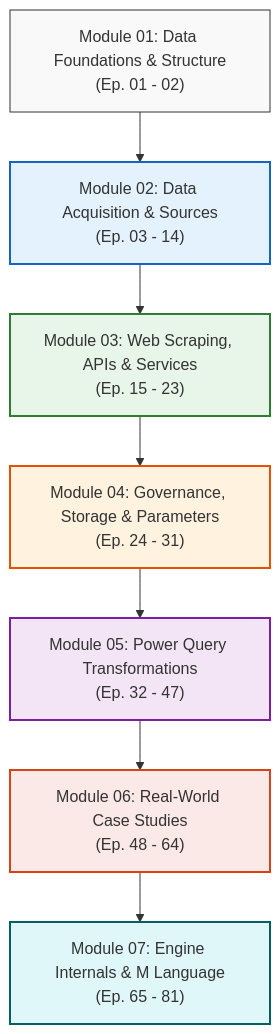
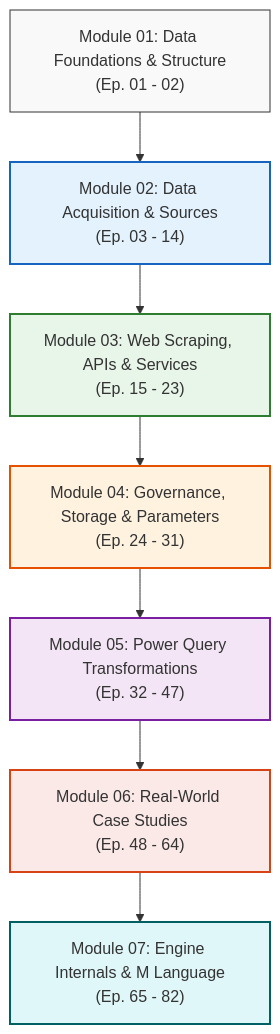
The diagram in CURRICULUM.md (Sohila-Khaled-Abbas/powerbi-data-analysis-diploma), drawn with Mermaid before and after one commit. The commit also changed other lines of this file and 2 other files, not shown here.

````diff
--- a/CURRICULUM.md
+++ b/CURRICULUM.md
@@ -12,17 +12,17 @@
 ```mermaid
 flowchart TD
     M1["Module 01: Data Foundations & Structure<br>(Ep. 01 - 02)"] --> M2["Module 02: Data Acquisition & Sources<br>(Ep. 03 - 14)"]
     M2 --> M3["Module 03: Web Scraping, APIs & Services<br>(Ep. 15 - 23)"]
     M3 --> M4["Module 04: Governance, Storage & Parameters<br>(Ep. 24 - 31)"]
     M4 --> M5["Module 05: Power Query Transformations<br>(Ep. 32 - 47)"]
     M5 --> M6["Module 06: Real-World Case Studies<br>(Ep. 48 - 64)"]
-    M6 --> M7["Module 07: Engine Internals & M Language<br>(Ep. 65 - 81)"]
+    M6 --> M7["Module 07: Engine Internals & M Language<br>(Ep. 65 - 82)"]
 
     style M1 fill:#f9f9f9,stroke:#333,stroke-width:1px
     style M2 fill:#e3f2fd,stroke:#1565c0,stroke-width:2px
     style M3 fill:#e8f5e9,stroke:#2e7d32,stroke-width:2px
     style M4 fill:#fff3e0,stroke:#e65100,stroke-width:2px
     style M5 fill:#f3e5f5,stroke:#7b1fa2,stroke-width:2px
     style M6 fill:#fbe9e7,stroke:#d84315,stroke-width:2px
     style M7 fill:#e0f7fa,stroke:#006064,stroke-width:2px
 ```
````
